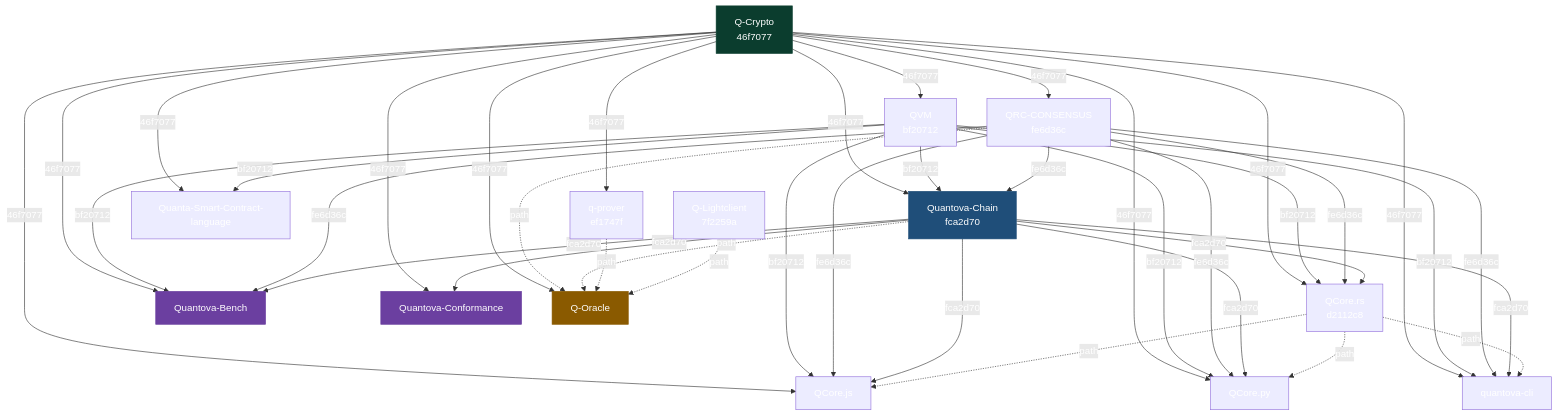
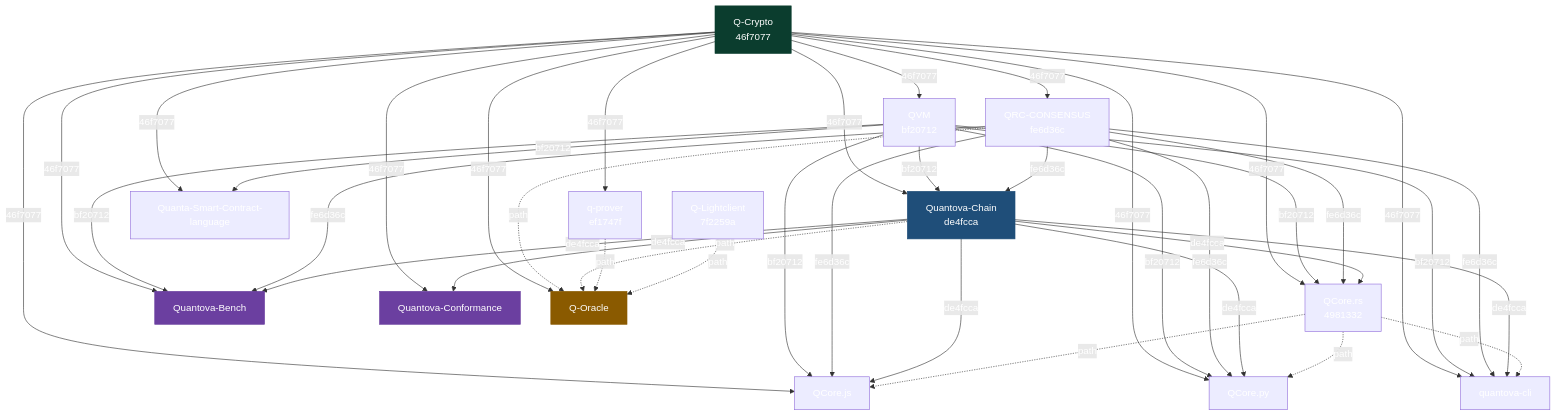
Before and after one commit to Quantova/Quantova-Ci: the diagram in docs/pin-flow.md, drawn with Mermaid. The commit also changed other lines of this file, not shown here.

Commit message:
record the pins the stack resolves today in the pin map

````diff
--- a/docs/pin-flow.md
+++ b/docs/pin-flow.md
@@ -5,69 +5,69 @@
 ```mermaid
 graph TD
     QCRYPTO["Q-Crypto<br/>46f7077"]
     QVM["QVM<br/>bf20712"]
     QRC["QRC-CONSENSUS<br/>fe6d36c"]
     QPROVER["q-prover<br/>ef1747f"]
     QLC["Q-Lightclient<br/>7f2259a"]
-    CHAIN["Quantova-Chain<br/>fca2d70"]
+    CHAIN["Quantova-Chain<br/>de4fcca"]
     QUANTA["Quanta-Smart-Contract-language"]
-    QCORERS["QCore.rs<br/>d2112c8"]
+    QCORERS["QCore.rs<br/>4981332"]
     QCOREJS["QCore.js"]
     QCOREPY["QCore.py"]
     CLI["quantova-cli"]
     BENCH["Quantova-Bench"]
     CONF["Quantova-Conformance"]
     ORACLE["Q-Oracle"]
 
     QCRYPTO -->|46f7077| QVM
     QCRYPTO -->|46f7077| QRC
     QCRYPTO -->|46f7077| QPROVER
     QCRYPTO -->|46f7077| CHAIN
     QCRYPTO -->|46f7077| QUANTA
     QCRYPTO -->|46f7077| QCORERS
     QCRYPTO -->|46f7077| QCOREJS
     QCRYPTO -->|46f7077| QCOREPY
     QCRYPTO -->|46f7077| CLI
     QCRYPTO -->|46f7077| BENCH
     QCRYPTO -->|46f7077| CONF
     QCRYPTO -->|46f7077| ORACLE
 
     QVM -->|bf20712| CHAIN
     QVM -->|bf20712| QUANTA
     QVM -->|bf20712| QCORERS
     QVM -->|bf20712| QCOREJS
     QVM -->|bf20712| QCOREPY
     QVM -->|bf20712| CLI
     QVM -->|bf20712| BENCH
 
     QRC -->|fe6d36c| CHAIN
     QRC -->|fe6d36c| QCORERS
     QRC -->|fe6d36c| QCOREJS
     QRC -->|fe6d36c| QCOREPY
     QRC -->|fe6d36c| CLI
     QRC -->|fe6d36c| BENCH
 
-    CHAIN -->|fca2d70| QCORERS
-    CHAIN -->|fca2d70| QCOREJS
-    CHAIN -->|fca2d70| QCOREPY
-    CHAIN -->|fca2d70| CLI
-    CHAIN -->|fca2d70| BENCH
-    CHAIN -->|fca2d70| CONF
+    CHAIN -->|de4fcca| QCORERS
+    CHAIN -->|de4fcca| QCOREJS
+    CHAIN -->|de4fcca| QCOREPY
+    CHAIN -->|de4fcca| CLI
+    CHAIN -->|de4fcca| BENCH
+    CHAIN -->|de4fcca| CONF
 
     QCORERS -.->|path| QCOREJS
     QCORERS -.->|path| QCOREPY
     QCORERS -.->|path| CLI
     QRC -.->|path| ORACLE
     CHAIN -.->|path| ORACLE
     QPROVER -.->|path| ORACLE
     QLC -.->|path| ORACLE
 
     classDef root fill:#0b3d2e,stroke:#0b3d2e,color:#ffffff
     classDef integ fill:#1f4e79,stroke:#1f4e79,color:#ffffff
     classDef leaf fill:#6b3fa0,stroke:#6b3fa0,color:#ffffff
     classDef airlock fill:#8a5a00,stroke:#8a5a00,color:#ffffff
     class QCRYPTO root
     class CHAIN integ
     class BENCH,CONF leaf
     class ORACLE airlock
 ```
````
